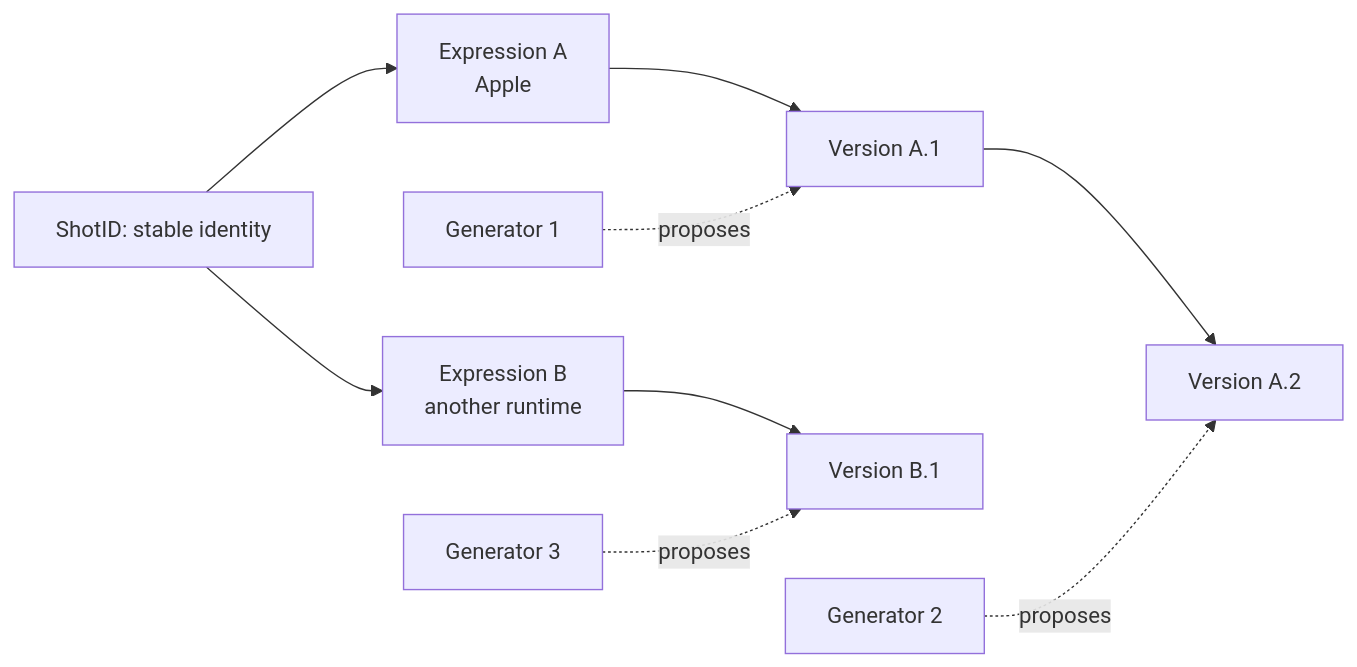
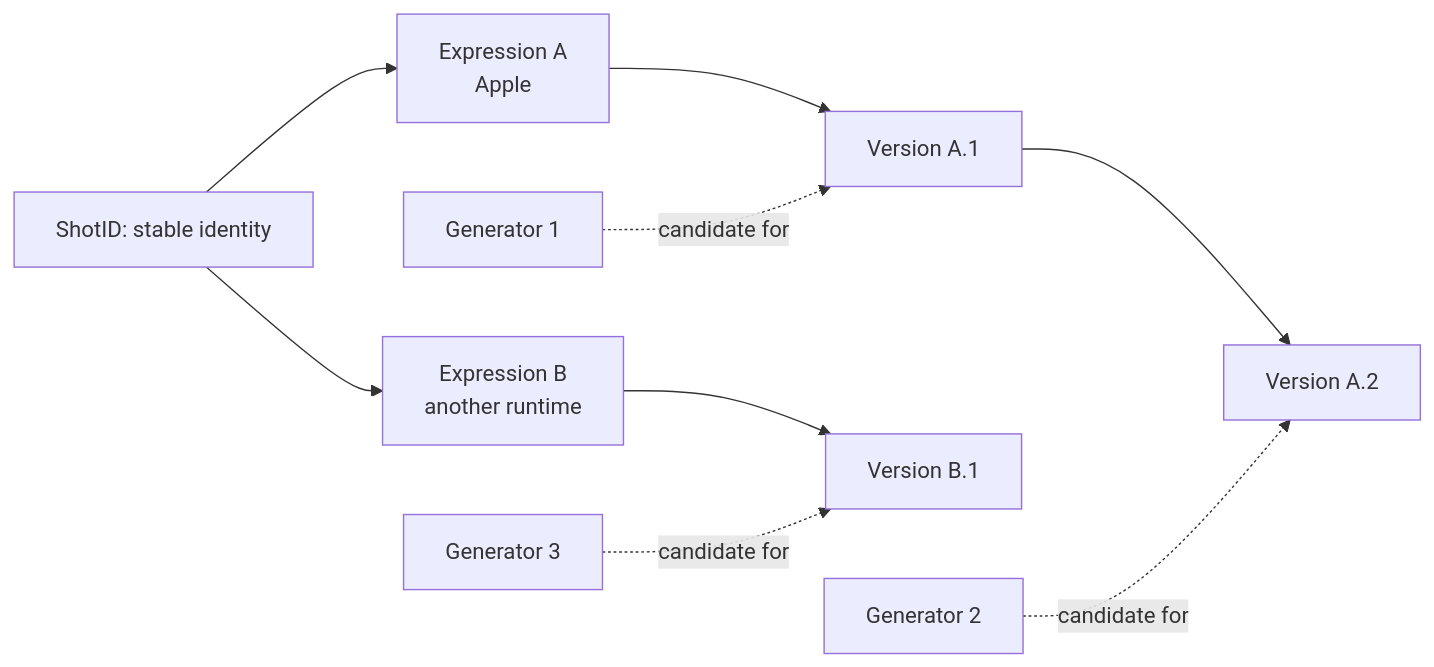
Before and after one commit to jpfraneto/tohseno: the first of 5 diagrams in WHITEPAPER.md, drawn with Mermaid. The commit also changed other lines of this file and 16 other files, not shown here.

````diff
--- a/WHITEPAPER.md
+++ b/WHITEPAPER.md
@@ -65,16 +65,16 @@
 ```mermaid
 flowchart LR
     S["ShotID: stable identity"]
     E1["Expression A<br/>Apple"]
     V1["Version A.1"]
     V2["Version A.2"]
     E2["Expression B<br/>another runtime"]
     V3["Version B.1"]
     S --> E1
     S --> E2
     E1 --> V1 --> V2
     E2 --> V3
-    G1["Generator 1"] -. proposes .-> V1
-    G2["Generator 2"] -. proposes .-> V2
-    G3["Generator 3"] -. proposes .-> V3
+    G1["Generator 1"] -.->|candidate for| V1
+    G2["Generator 2"] -.->|candidate for| V2
+    G3["Generator 3"] -.->|candidate for| V3
 ```
````
